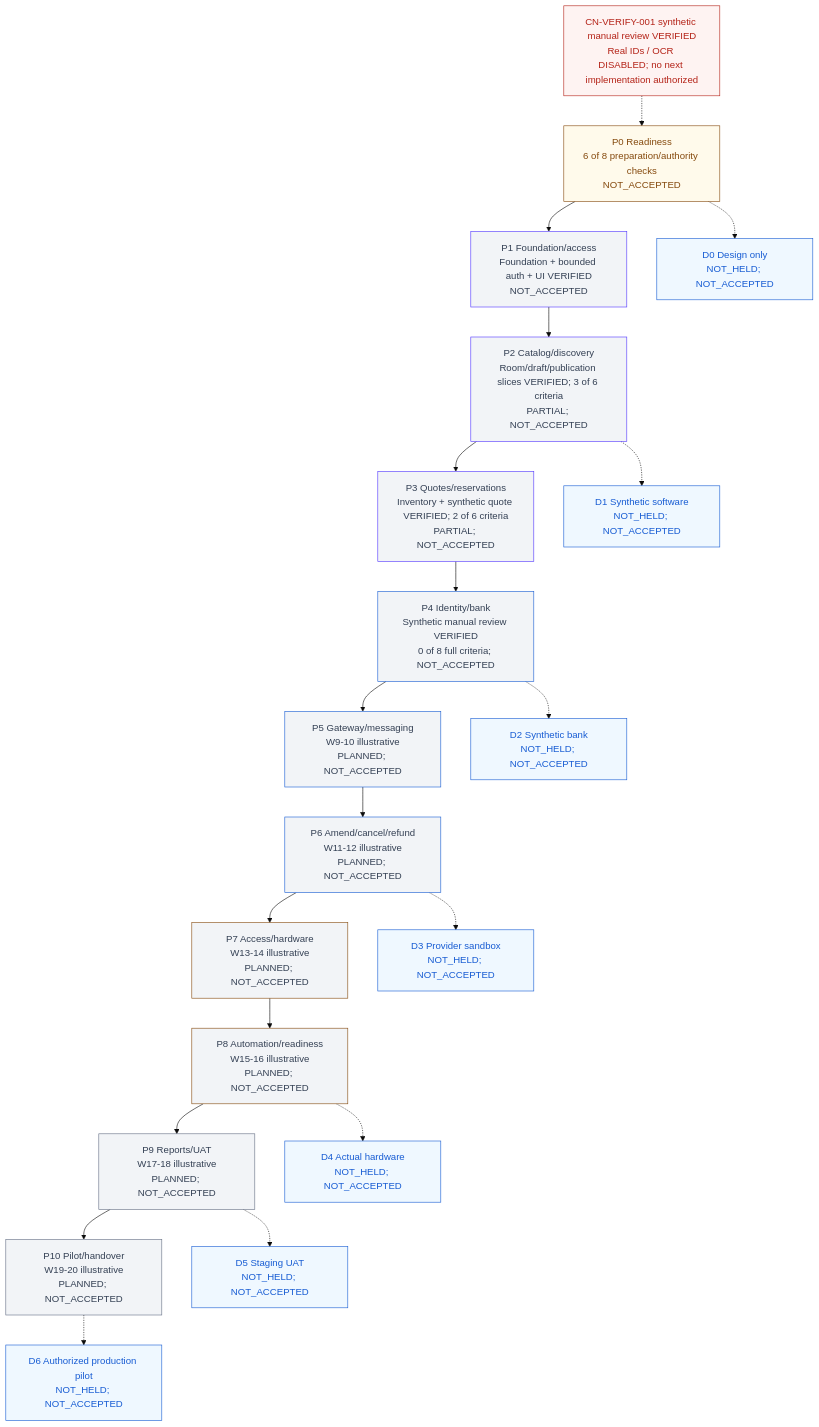
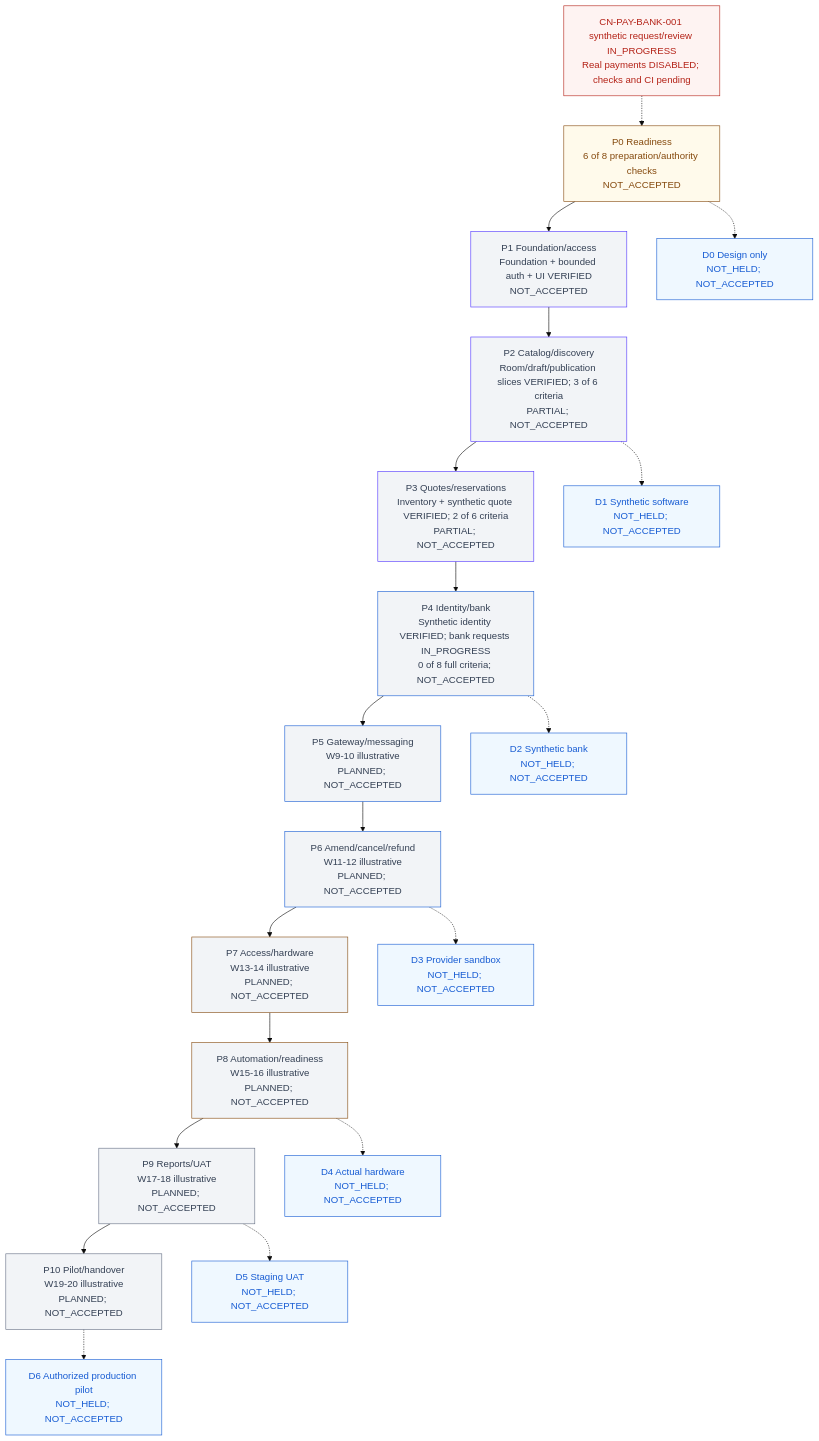
One commit to Hasitha3513/Theater-Project changed the diagram in knowledge/PROGRESS.md. Above: the diagram before and after it, drawn with Mermaid (base theme). The commit also changed other lines of this file and 60 other files, not shown here.

Commit message:
feat(payments): add synthetic bank requests and durable receipt review

````diff
--- a/knowledge/PROGRESS.md
+++ b/knowledge/PROGRESS.md
@@ -307,45 +307,45 @@
 ```mermaid
 flowchart TB
-  G["CN-VERIFY-001 synthetic manual review VERIFIED<br/>Real IDs / OCR DISABLED; no next implementation authorized"]
+  G["CN-PAY-BANK-001 synthetic request/review IN_PROGRESS<br/>Real payments DISABLED; checks and CI pending"]
   P0["P0 Readiness<br/>6 of 8 preparation/authority checks<br/>NOT_ACCEPTED"]
   P1["P1 Foundation/access<br/>Foundation + bounded auth + UI VERIFIED<br/>NOT_ACCEPTED"]
   P2["P2 Catalog/discovery<br/>Room/draft/publication slices VERIFIED; 3 of 6 criteria<br/>PARTIAL; NOT_ACCEPTED"]
   P3["P3 Quotes/reservations<br/>Inventory + synthetic quote VERIFIED; 2 of 6 criteria<br/>PARTIAL; NOT_ACCEPTED"]
-  P4["P4 Identity/bank<br/>Synthetic manual review VERIFIED<br/>0 of 8 full criteria; NOT_ACCEPTED"]
+  P4["P4 Identity/bank<br/>Synthetic identity VERIFIED; bank requests IN_PROGRESS<br/>0 of 8 full criteria; NOT_ACCEPTED"]
   P5["P5 Gateway/messaging<br/>W9-10 illustrative<br/>PLANNED; NOT_ACCEPTED"]
   P6["P6 Amend/cancel/refund<br/>W11-12 illustrative<br/>PLANNED; NOT_ACCEPTED"]
   P7["P7 Access/hardware<br/>W13-14 illustrative<br/>PLANNED; NOT_ACCEPTED"]
   P8["P8 Automation/readiness<br/>W15-16 illustrative<br/>PLANNED; NOT_ACCEPTED"]
   P9["P9 Reports/UAT<br/>W17-18 illustrative<br/>PLANNED; NOT_ACCEPTED"]
   P10["P10 Pilot/handover<br/>W19-20 illustrative<br/>PLANNED; NOT_ACCEPTED"]
   G -.-> P0
   P0 --> P1 --> P2 --> P3 --> P4 --> P5 --> P6 --> P7 --> P8 --> P9 --> P10
   D0["D0 Design only<br/>NOT_HELD; NOT_ACCEPTED"]
   D1["D1 Synthetic software<br/>NOT_HELD; NOT_ACCEPTED"]
   D2["D2 Synthetic bank<br/>NOT_HELD; NOT_ACCEPTED"]
   D3["D3 Provider sandbox<br/>NOT_HELD; NOT_ACCEPTED"]
   D4["D4 Actual hardware<br/>NOT_HELD; NOT_ACCEPTED"]
   D5["D5 Staging UAT<br/>NOT_HELD; NOT_ACCEPTED"]
   D6["D6 Authorized production pilot<br/>NOT_HELD; NOT_ACCEPTED"]
   P0 -.-> D0
   P2 -.-> D1
   P4 -.-> D2
   P6 -.-> D3
   P8 -.-> D4
   P9 -.-> D5
   P10 -.-> D6
   classDef readiness fill:#FFFAEB,color:#854A0E,stroke:#854A0E;
   classDef foundation fill:#F2F4F7,color:#344054,stroke:#5135FF;
   classDef financial fill:#F2F4F7,color:#344054,stroke:#175CD3;
   classDef physical fill:#F2F4F7,color:#344054,stroke:#854A0E;
   classDef release fill:#F2F4F7,color:#344054,stroke:#667085;
   classDef blocked fill:#FEF3F2,color:#B42318,stroke:#B42318;
   classDef demo fill:#EFF8FF,color:#175CD3,stroke:#175CD3;
   class P0 readiness;
   class P1,P2,P3 foundation;
   class P4,P5,P6 financial;
   class P7,P8 physical;
   class P9,P10 release;
   class G blocked;
   class D0,D1,D2,D3,D4,D5,D6 demo;
 ```
````
